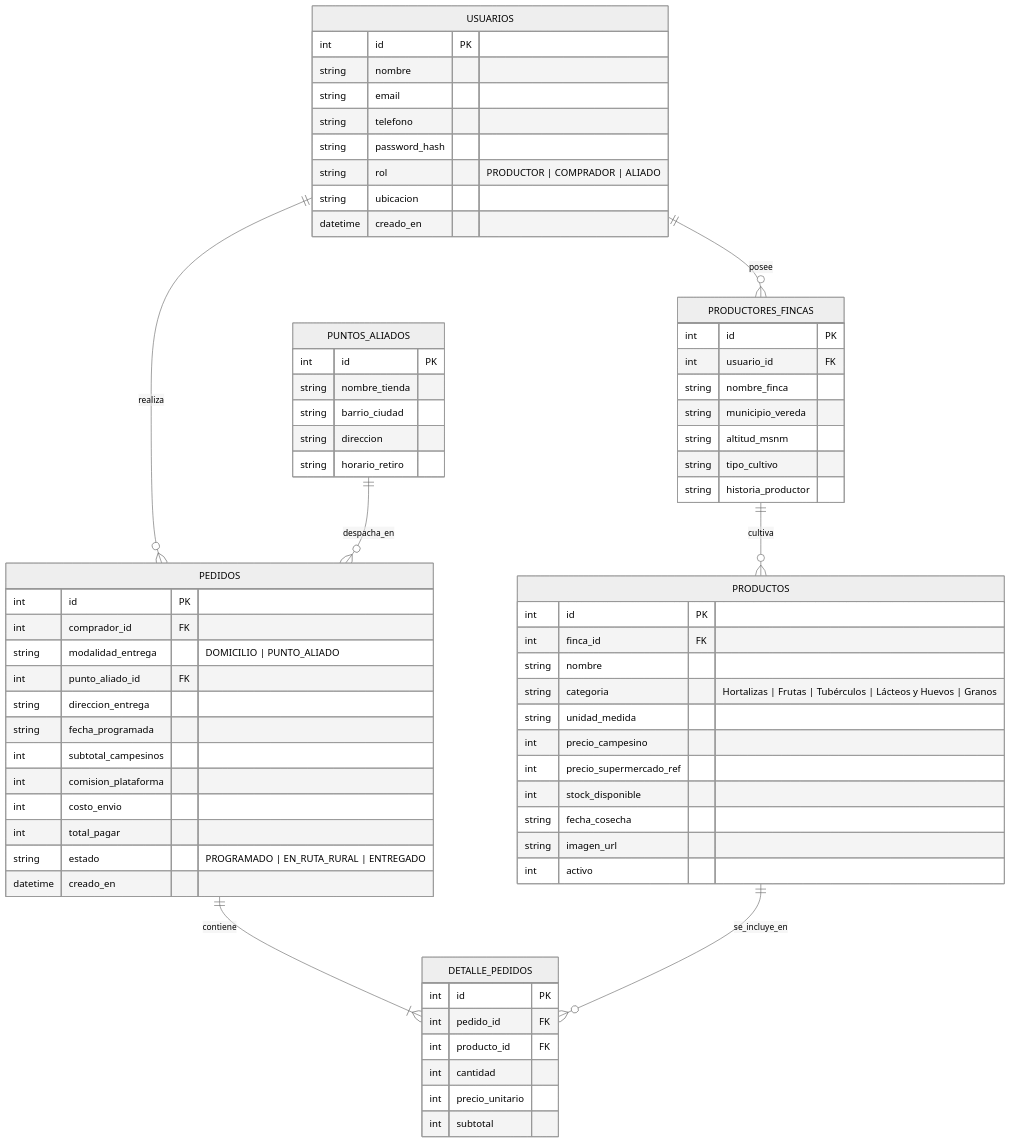
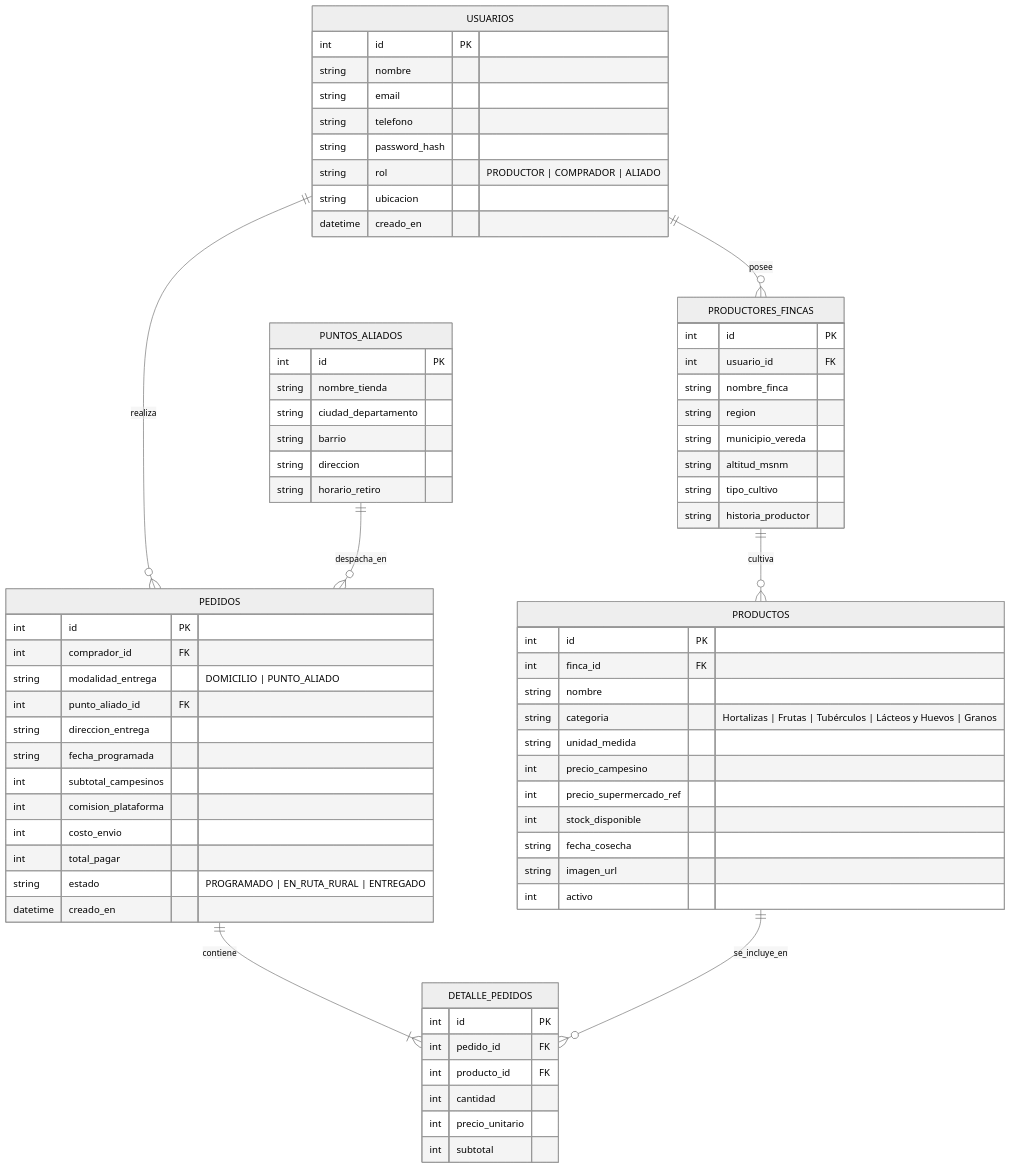
The diagram in README.md (paulodelosrey/DelcampoApp), drawn with Mermaid (neutral theme) before and after one commit. The commit also changed other lines of this file and 15 other files, not shown here.

````diff
--- a/README.md
+++ b/README.md
@@ -79,76 +57,78 @@
 ```mermaid
 erDiagram
     USUARIOS ||--o{ PRODUCTORES_FINCAS : "posee"
     USUARIOS ||--o{ PEDIDOS : "realiza"
     PRODUCTORES_FINCAS ||--o{ PRODUCTOS : "cultiva"
     PUNTOS_ALIADOS ||--o{ PEDIDOS : "despacha_en"
     PEDIDOS ||--|{ DETALLE_PEDIDOS : "contiene"
     PRODUCTOS ||--o{ DETALLE_PEDIDOS : "se_incluye_en"
 
     USUARIOS {
         int id PK
         string nombre
         string email
         string telefono
         string password_hash
         string rol "PRODUCTOR | COMPRADOR | ALIADO"
         string ubicacion
         datetime creado_en
     }
 
     PRODUCTORES_FINCAS {
         int id PK
         int usuario_id FK
         string nombre_finca
+        string region
         string municipio_vereda
         string altitud_msnm
         string tipo_cultivo
         string historia_productor
     }
 
     PRODUCTOS {
         int id PK
         int finca_id FK
         string nombre
         string categoria "Hortalizas | Frutas | Tubérculos | Lácteos y Huevos | Granos"
         string unidad_medida
         int precio_campesino
         int precio_supermercado_ref
         int stock_disponible
         string fecha_cosecha
         string imagen_url
         int activo
     }
 
     PUNTOS_ALIADOS {
         int id PK
         string nombre_tienda
-        string barrio_ciudad
+        string ciudad_departamento
+        string barrio
         string direccion
         string horario_retiro
     }
 
     PEDIDOS {
         int id PK
         int comprador_id FK
         string modalidad_entrega "DOMICILIO | PUNTO_ALIADO"
         int punto_aliado_id FK
         string direccion_entrega
         string fecha_programada
         int subtotal_campesinos
         int comision_plataforma
         int costo_envio
         int total_pagar
         string estado "PROGRAMADO | EN_RUTA_RURAL | ENTREGADO"
         datetime creado_en
     }
 
     DETALLE_PEDIDOS {
         int id PK
         int pedido_id FK
         int producto_id FK
         int cantidad
         int precio_unitario
         int subtotal
     }
 ```
````
